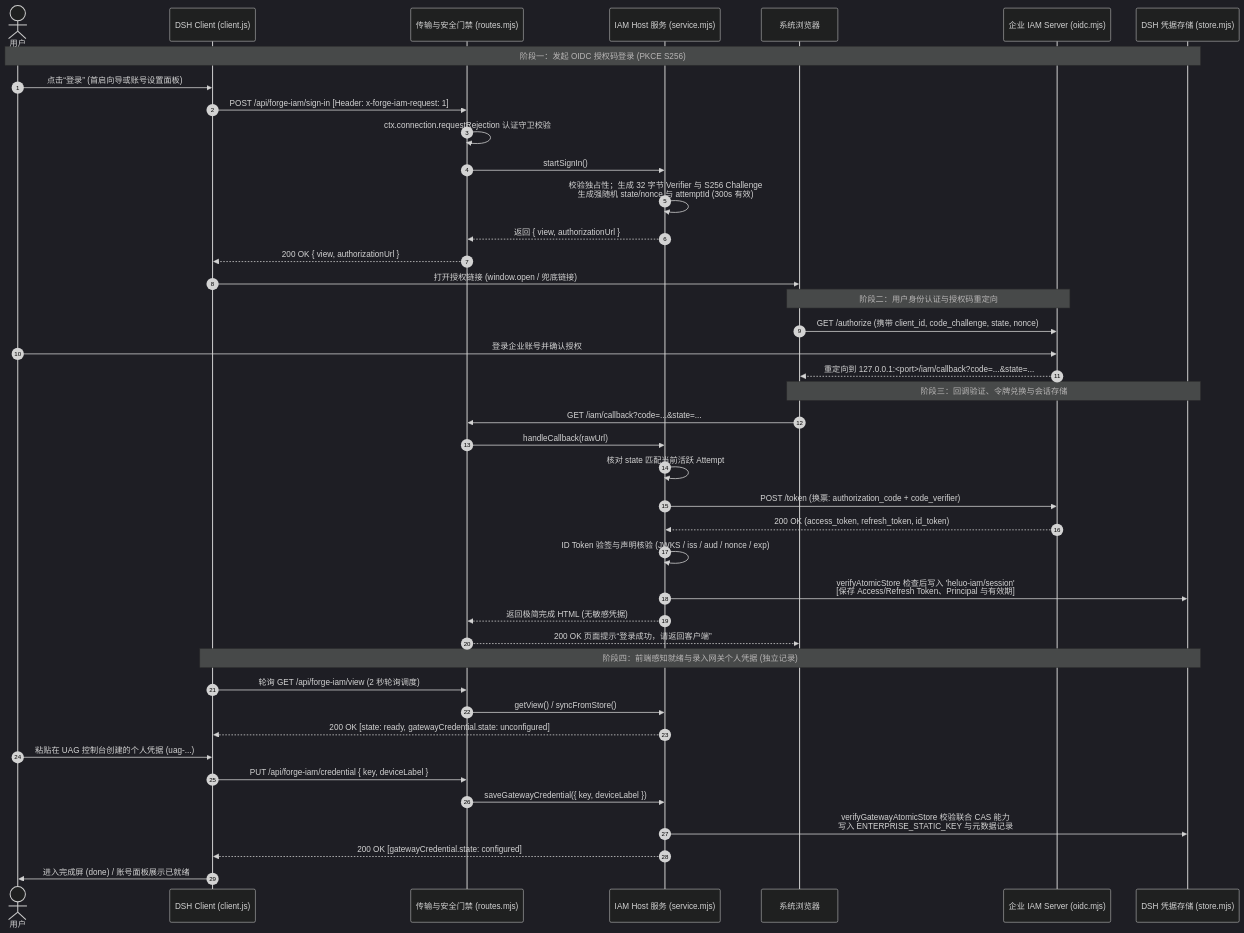
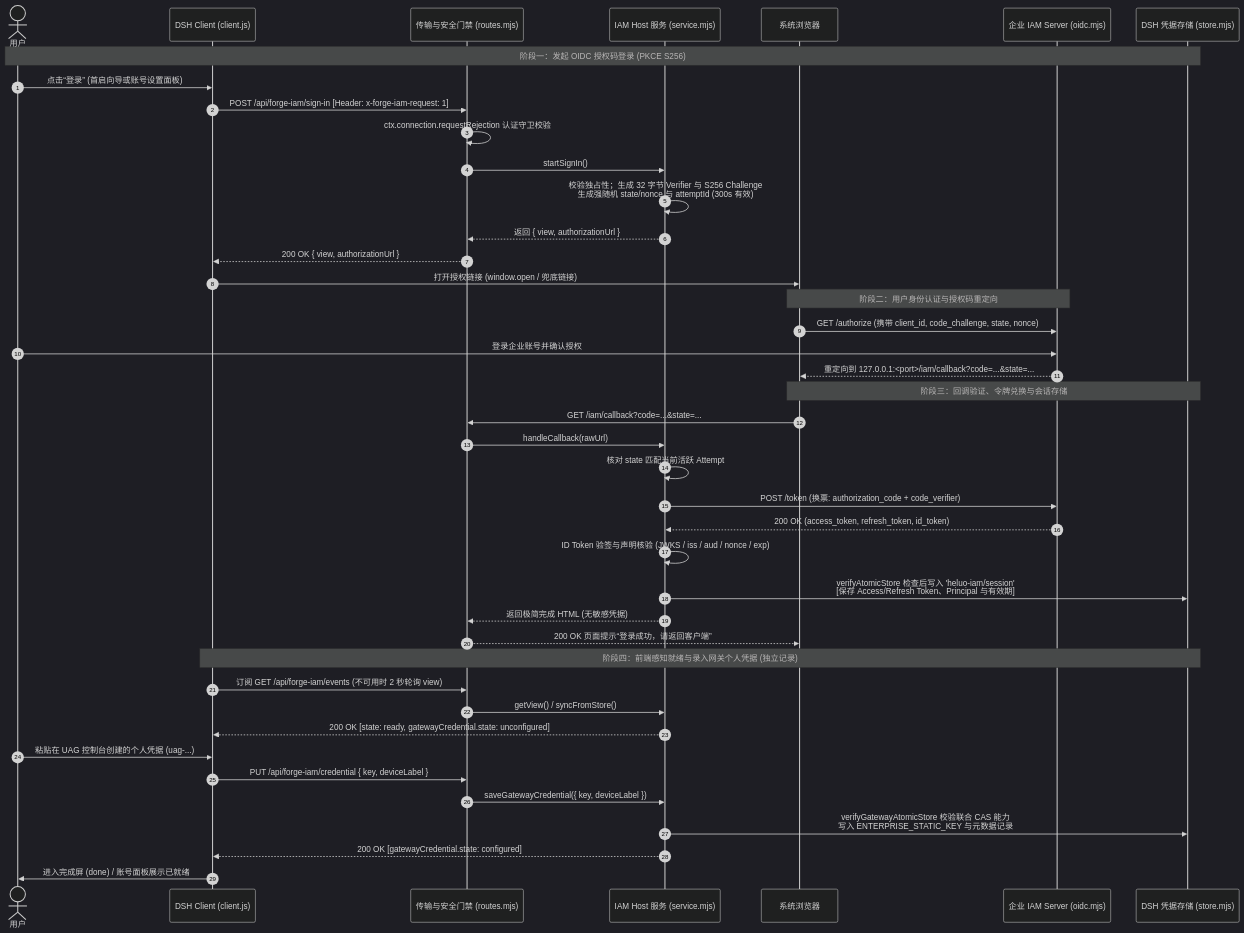
One commit to hrygo/heluo-forge changed the third of 6 diagrams in docs/design/plugins/forge-iam.md. Above: the diagram before and after it, drawn with Mermaid (dark theme). The commit also changed other lines of this file and 41 other files, not shown here.

````diff
--- a/docs/design/plugins/forge-iam.md
+++ b/docs/design/plugins/forge-iam.md
@@ -609,48 +610,48 @@
 ```mermaid
 sequenceDiagram
   autonumber
   actor User as 用户
   participant Client as DSH Client (client.js)
   participant Transport as 传输与安全门禁 (routes.mjs)
   participant Host as IAM Host 服务 (service.mjs)
   participant Browser as 系统浏览器
   participant IAM as 企业 IAM Server (oidc.mjs)
   participant Store as DSH 凭据存储 (store.mjs)
 
   Note over User, Store: 阶段一：发起 OIDC 授权码登录 (PKCE S256)
   User->>Client: 点击“登录” (首启向导或账号设置面板)
   Client->>Transport: POST /api/forge-iam/sign-in [Header: x-forge-iam-request: 1]
   Transport->>Transport: ctx.connection.requestRejection 认证守卫校验
   Transport->>Host: startSignIn()
   Host->>Host: 校验独占性；生成 32 字节 Verifier 与 S256 Challenge<br/>生成强随机 state/nonce 与 attemptId (300s 有效)
   Host-->>Transport: 返回 { view, authorizationUrl }
   Transport-->>Client: 200 OK { view, authorizationUrl }
   Client->>Browser: 打开授权链接 (window.open / 兜底链接)
 
   Note over Browser, IAM: 阶段二：用户身份认证与授权码重定向
   Browser->>IAM: GET /authorize (携带 client_id, code_challenge, state, nonce)
   User->>IAM: 登录企业账号并确认授权
   IAM-->>Browser: 重定向到 127.0.0.1:<port>/iam/callback?code=...&state=...
 
   Note over Browser, Store: 阶段三：回调验证、令牌兑换与会话存储
   Browser->>Transport: GET /iam/callback?code=...&state=...
   Transport->>Host: handleCallback(rawUrl)
   Host->>Host: 核对 state 匹配当前活跃 Attempt
   Host->>IAM: POST /token (换票: authorization_code + code_verifier)
   IAM-->>Host: 200 OK (access_token, refresh_token, id_token)
   Host->>Host: ID Token 验签与声明核验 (JWKS / iss / aud / nonce / exp)
   Host->>Store: verifyAtomicStore 检查后写入 'heluo-iam/session'<br/>[保存 Access/Refresh Token、Principal 与有效期]
   Host-->>Transport: 返回极简完成 HTML (无敏感凭据)
   Transport-->>Browser: 200 OK 页面提示“登录成功，请返回客户端”
 
   Note over Client, Store: 阶段四：前端感知就绪与录入网关个人凭据 (独立记录)
-  Client->>Transport: 轮询 GET /api/forge-iam/view (2 秒轮询调度)
+  Client->>Transport: 订阅 GET /api/forge-iam/events (不可用时 2 秒轮询 view)
   Transport->>Host: getView() / syncFromStore()
   Host-->>Client: 200 OK [state: ready, gatewayCredential.state: unconfigured]
   User->>Client: 粘贴在 UAG 控制台创建的个人凭据 (uag-...)
   Client->>Transport: PUT /api/forge-iam/credential { key, deviceLabel }
   Transport->>Host: saveGatewayCredential({ key, deviceLabel })
   Host->>Store: verifyGatewayAtomicStore 校验联合 CAS 能力<br/>写入 ENTERPRISE_STATIC_KEY 与元数据记录
   Host-->>Client: 200 OK [gatewayCredential.state: configured]
   Client->>User: 进入完成屏 (done) / 账号面板展示已就绪
 ```
````
